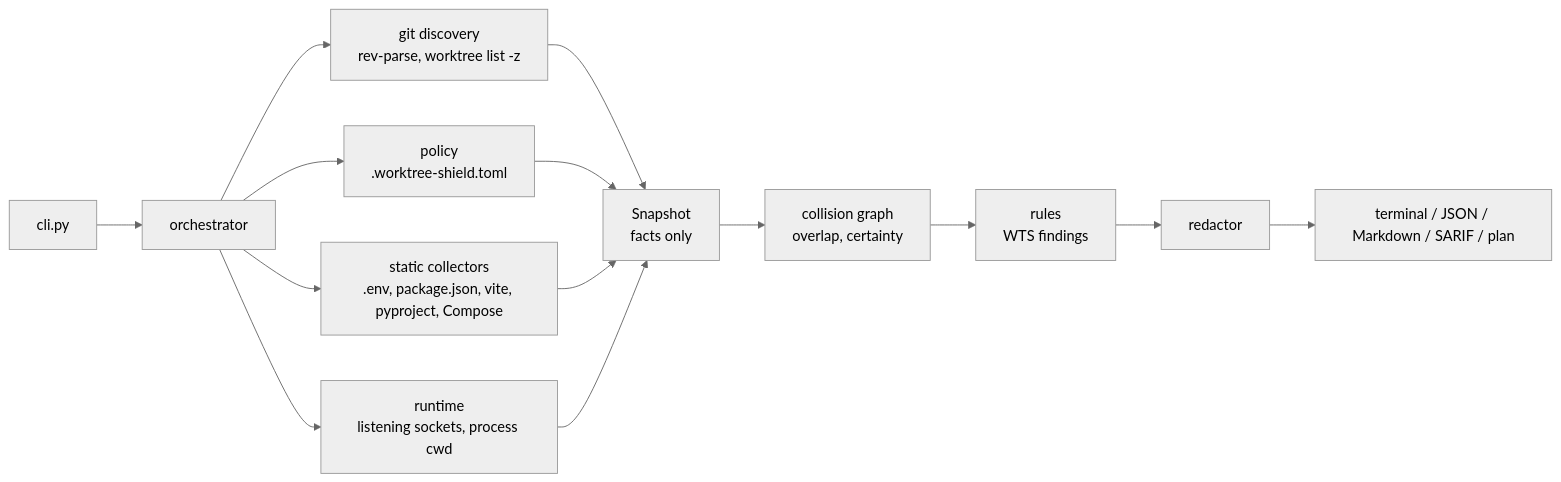
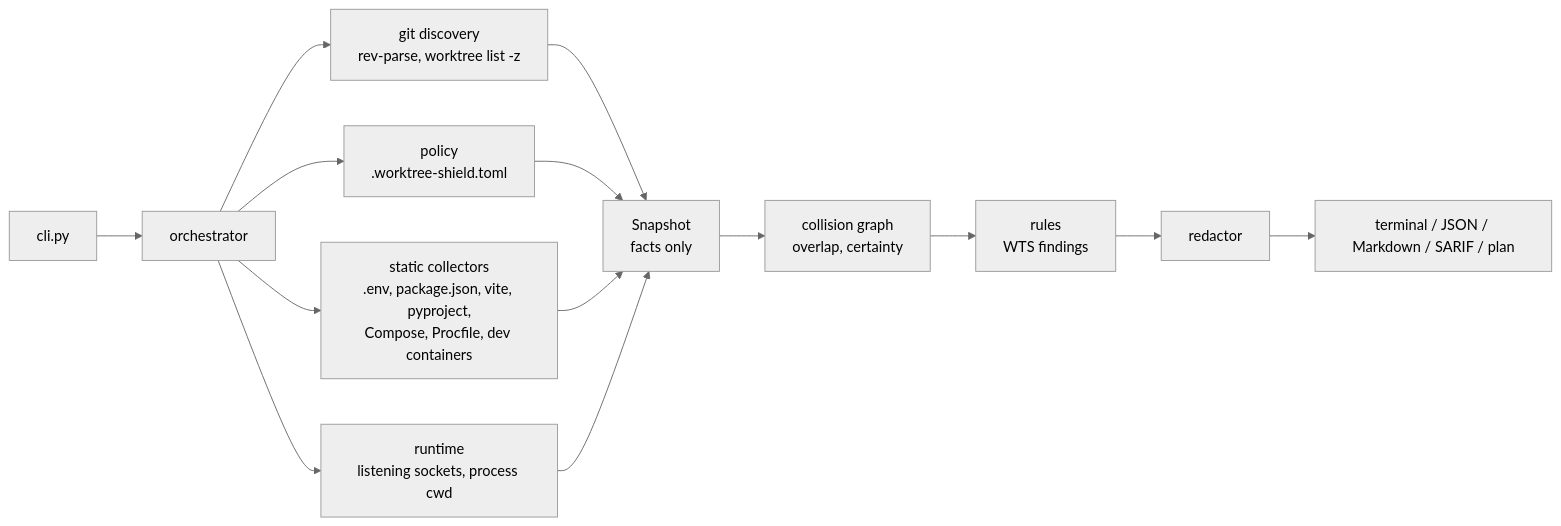
One commit to BhuwanJoshi-01/worktree-shield changed the diagram in docs/architecture.md. Above: the diagram before and after it, drawn with Mermaid (neutral theme). The commit also changed 3 other files, not shown here.

First line of the commit message:
Document the Procfile and dev container collectors

````diff
--- a/docs/architecture.md
+++ b/docs/architecture.md
@@ -6,13 +6,13 @@
 ```mermaid
 flowchart LR
   CLI[cli.py] --> O[orchestrator]
   O --> G[git discovery<br/>rev-parse, worktree list -z]
   O --> P[policy<br/>.worktree-shield.toml]
-  O --> S[static collectors<br/>.env, package.json, vite, pyproject, Compose]
+  O --> S[static collectors<br/>.env, package.json, vite, pyproject,<br/>Compose, Procfile, dev containers]
   O --> R[runtime<br/>listening sockets, process cwd]
   G & P & S & R --> SN[Snapshot<br/>facts only]
   SN --> C[collision graph<br/>overlap, certainty]
   C --> RU[rules<br/>WTS findings]
   RU --> X[redactor]
   X --> T[terminal / JSON / Markdown / SARIF / plan]
 ```
````
